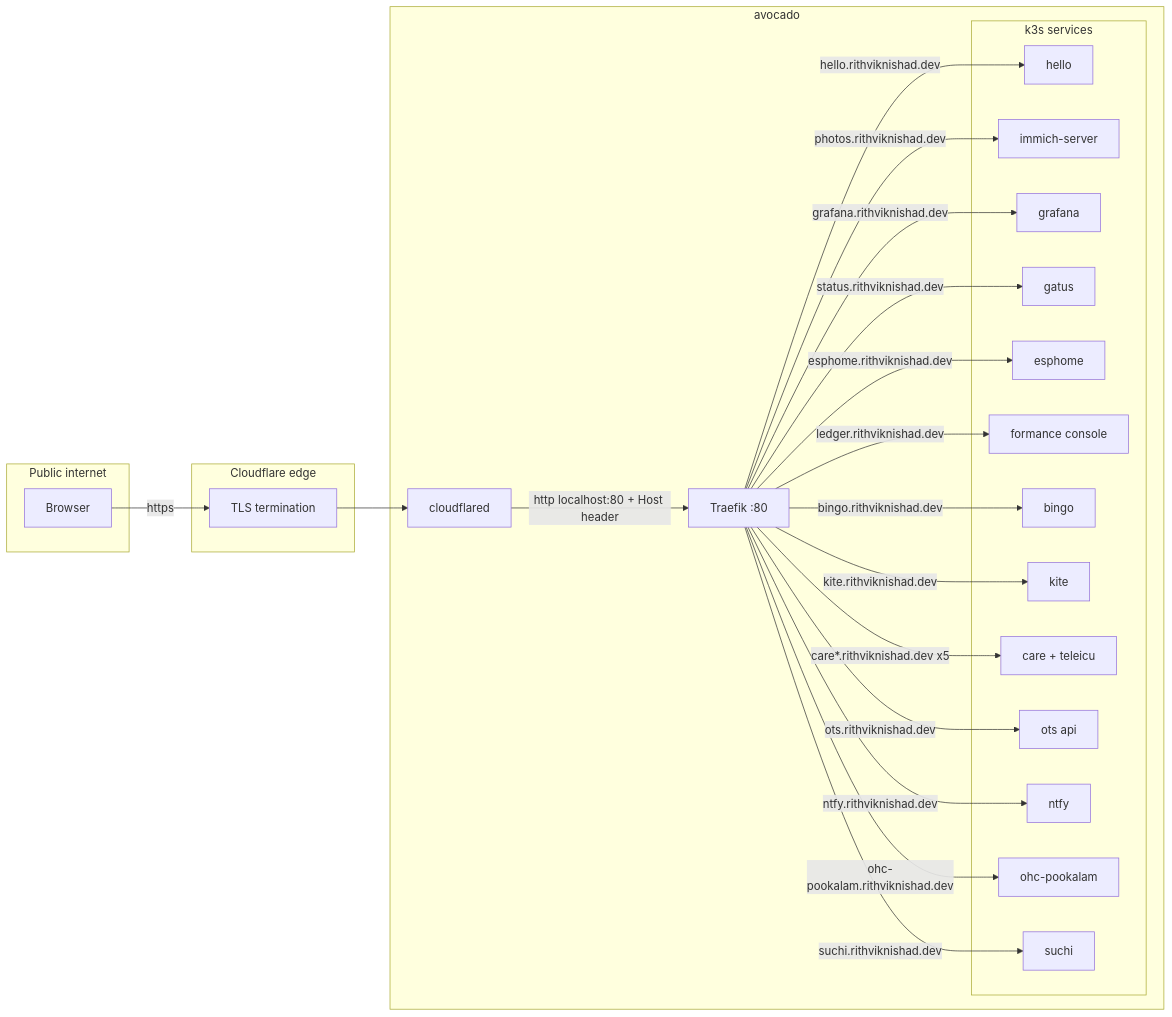
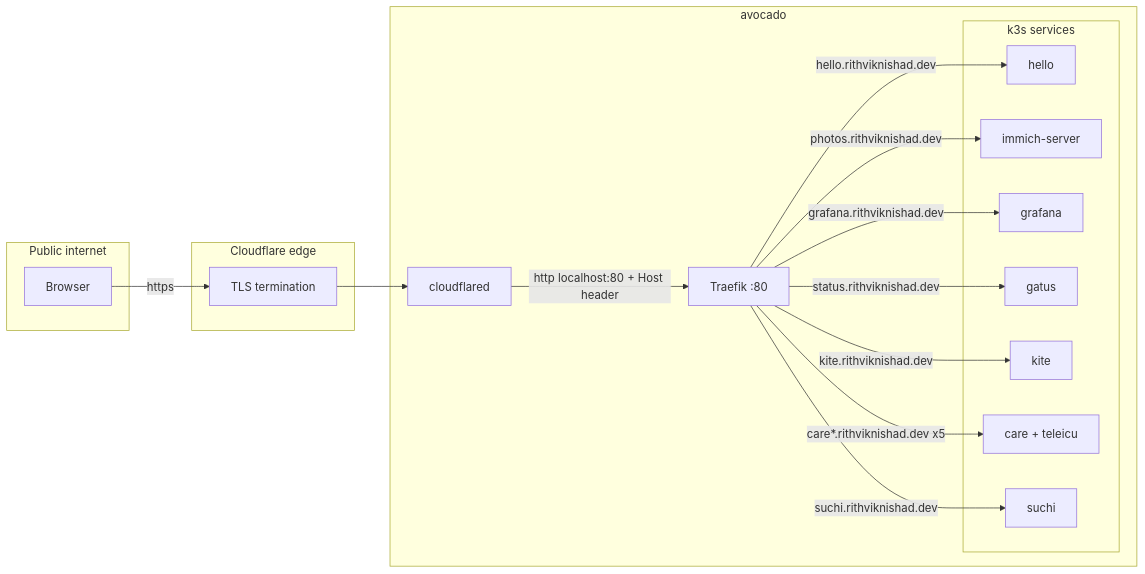
Before and after one commit to rithviknishad/systems.nix: the diagram in docs/networking.md, drawn with Mermaid. The commit also changed other lines of this file and 62 other files, not shown here.

````diff
--- a/docs/networking.md
+++ b/docs/networking.md
@@ -95,44 +95,32 @@
 ```mermaid
 flowchart LR
     subgraph internet[Public internet]
         user[Browser]
     end
     subgraph cf[Cloudflare edge]
         tls[TLS termination]
     end
     subgraph box[avocado]
         cd[cloudflared]
         traefik[Traefik :80]
         subgraph k8s[k3s services]
             hello[hello]
             immich[immich-server]
             grafana[grafana]
             gatus[gatus]
-            esphome[esphome]
-            ledger[formance console]
-            bingo[bingo]
             kite[kite]
             care[care + teleicu]
-            ots[ots api]
-            ntfy[ntfy]
-            pookalam[ohc-pookalam]
             suchi[suchi]
         end
     end
 
     user -->|https| tls --> cd
     cd -->|http localhost:80 + Host header| traefik
     traefik -->|hello.rithviknishad.dev| hello
     traefik -->|photos.rithviknishad.dev| immich
     traefik -->|grafana.rithviknishad.dev| grafana
     traefik -->|status.rithviknishad.dev| gatus
-    traefik -->|esphome.rithviknishad.dev| esphome
-    traefik -->|ledger.rithviknishad.dev| ledger
-    traefik -->|bingo.rithviknishad.dev| bingo
     traefik -->|kite.rithviknishad.dev| kite
     traefik -->|care*.rithviknishad.dev x5| care
-    traefik -->|ots.rithviknishad.dev| ots
-    traefik -->|ntfy.rithviknishad.dev| ntfy
-    traefik -->|ohc-pookalam.rithviknishad.dev| pookalam
     traefik -->|suchi.rithviknishad.dev| suchi
 ```
````
